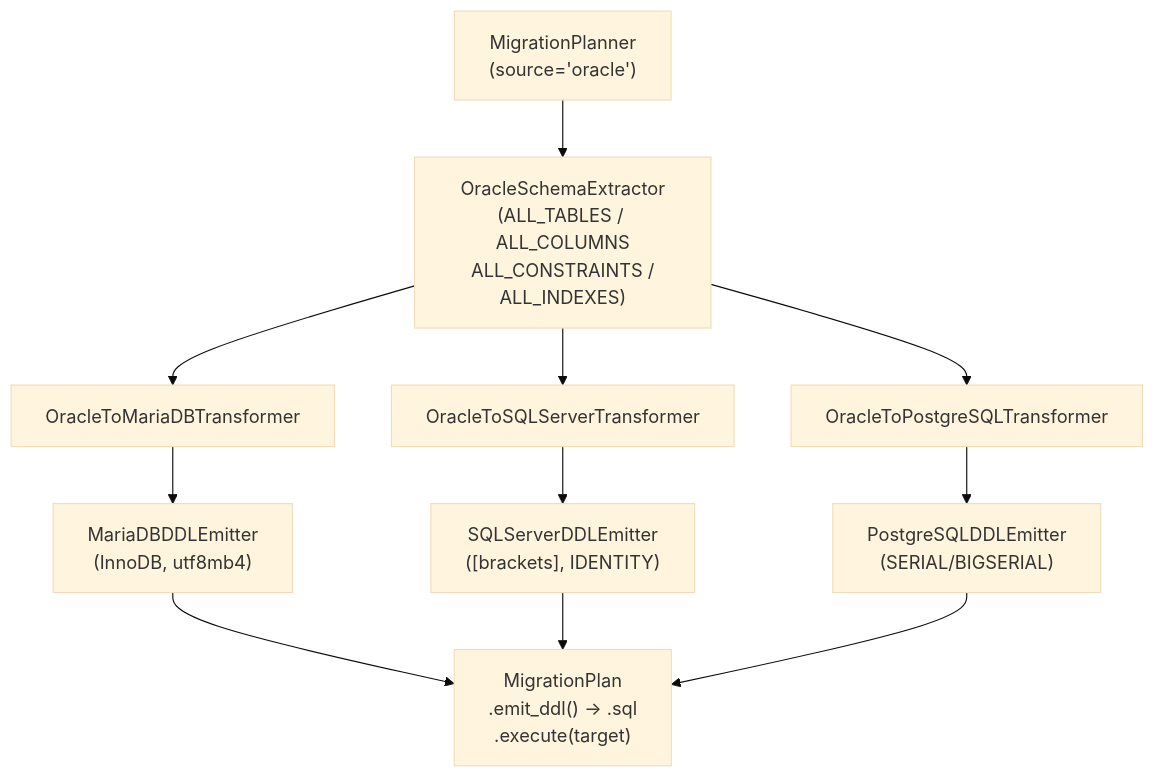
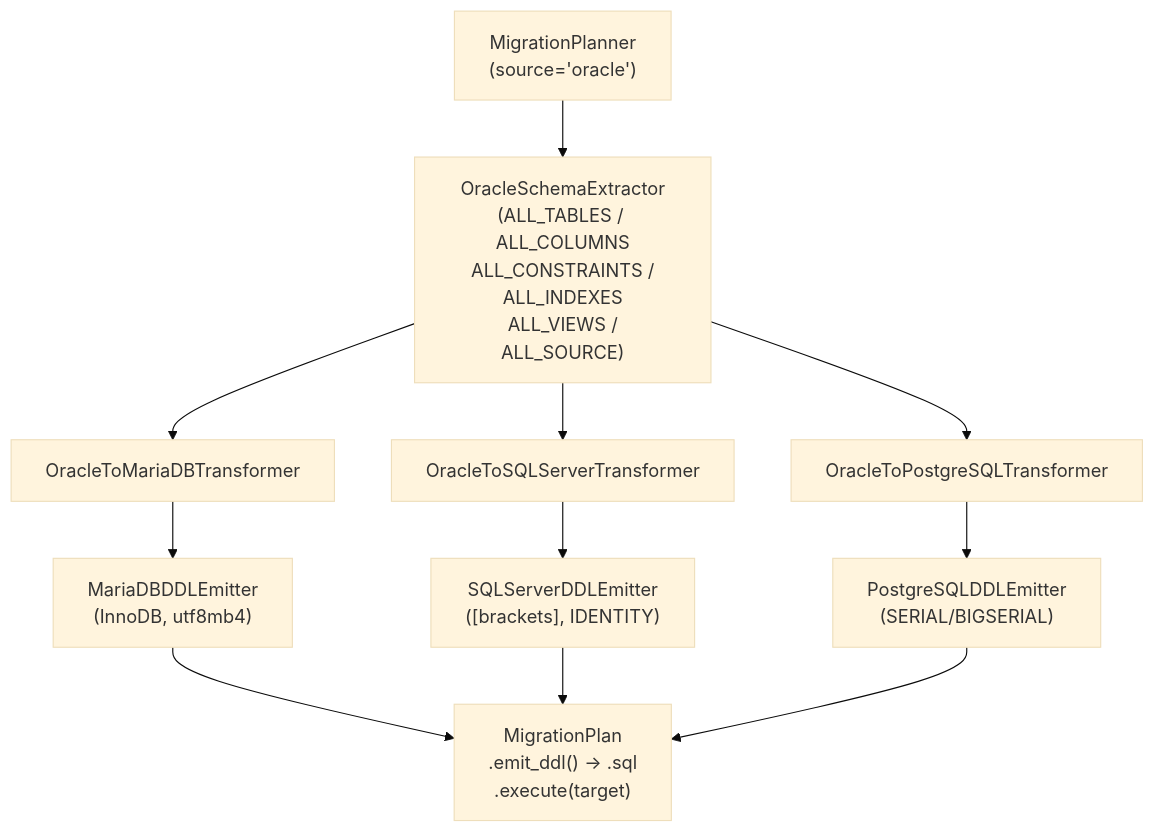
One commit to fmanza/util_bbdd changed the diagram in docs/api/migrate-oracle-mariadb.md. Above: the diagram before and after it, drawn with Mermaid (base theme). The commit also changed other lines of this file and 11 other files, not shown here.

````diff
--- a/docs/api/migrate-oracle-mariadb.md
+++ b/docs/api/migrate-oracle-mariadb.md
@@ -11,19 +11,19 @@
 ```mermaid
 flowchart TD
     PL["MigrationPlanner\n(source='oracle')"]
-    EX["OracleSchemaExtractor\n(ALL_TABLES / ALL_COLUMNS\n ALL_CONSTRAINTS / ALL_INDEXES)"]
+    EX["OracleSchemaExtractor\n(ALL_TABLES / ALL_COLUMNS\n ALL_CONSTRAINTS / ALL_INDEXES\n ALL_VIEWS / ALL_SOURCE)"]
     TR_MB["OracleToMariaDBTransformer"]
     TR_SS["OracleToSQLServerTransformer"]
     TR_PG["OracleToPostgreSQLTransformer"]
     EM_MB["MariaDBDDLEmitter\n(InnoDB, utf8mb4)"]
     EM_SS["SQLServerDDLEmitter\n([brackets], IDENTITY)"]
     EM_PG["PostgreSQLDDLEmitter\n(SERIAL/BIGSERIAL)"]
     OUT["MigrationPlan\n.emit_ddl() → .sql\n.execute(target)"]
 
     PL --> EX
     EX --> TR_MB & TR_SS & TR_PG
     TR_MB --> EM_MB
     TR_SS --> EM_SS
     TR_PG --> EM_PG
     EM_MB & EM_SS & EM_PG --> OUT
 ```
````
